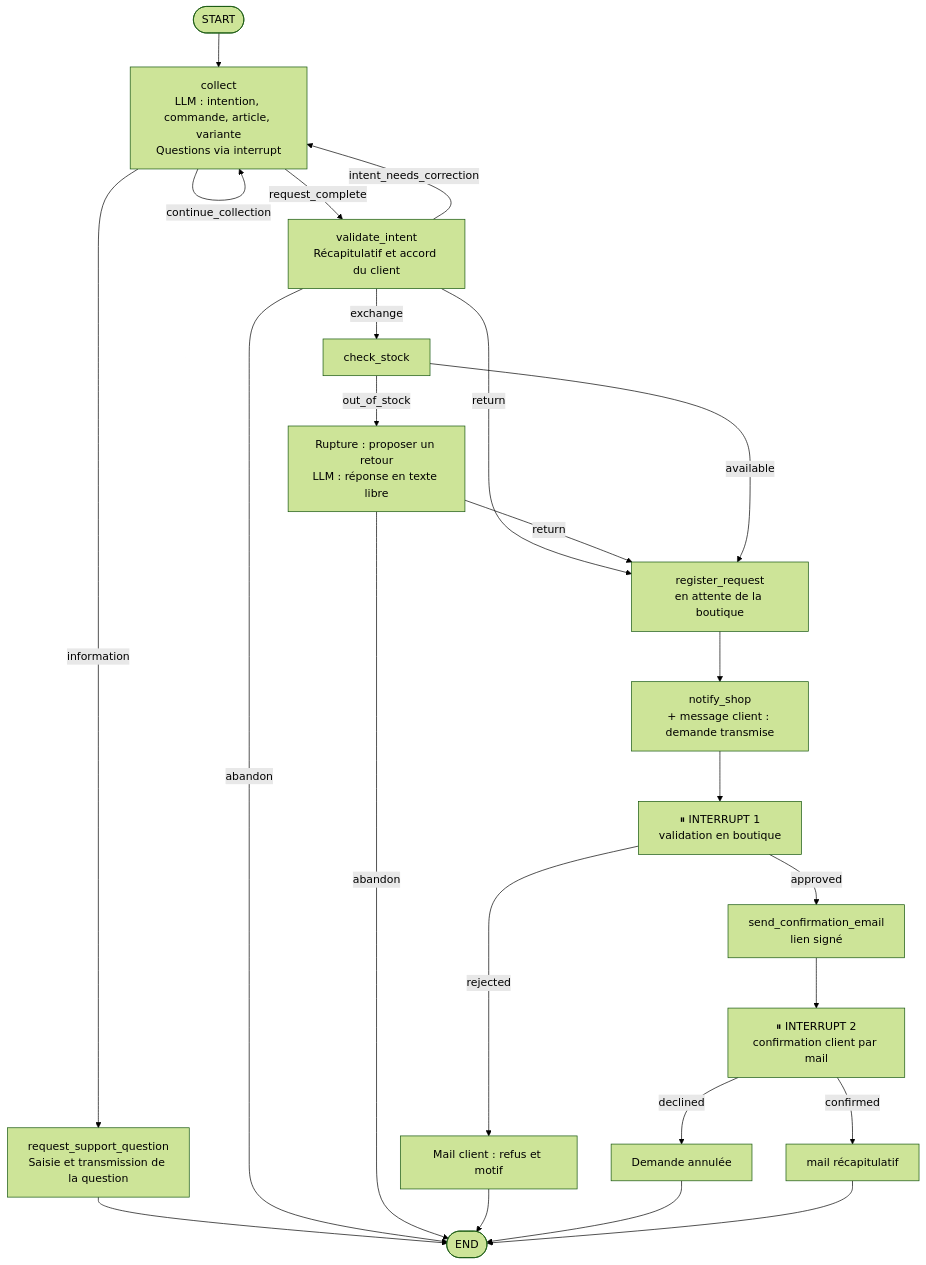
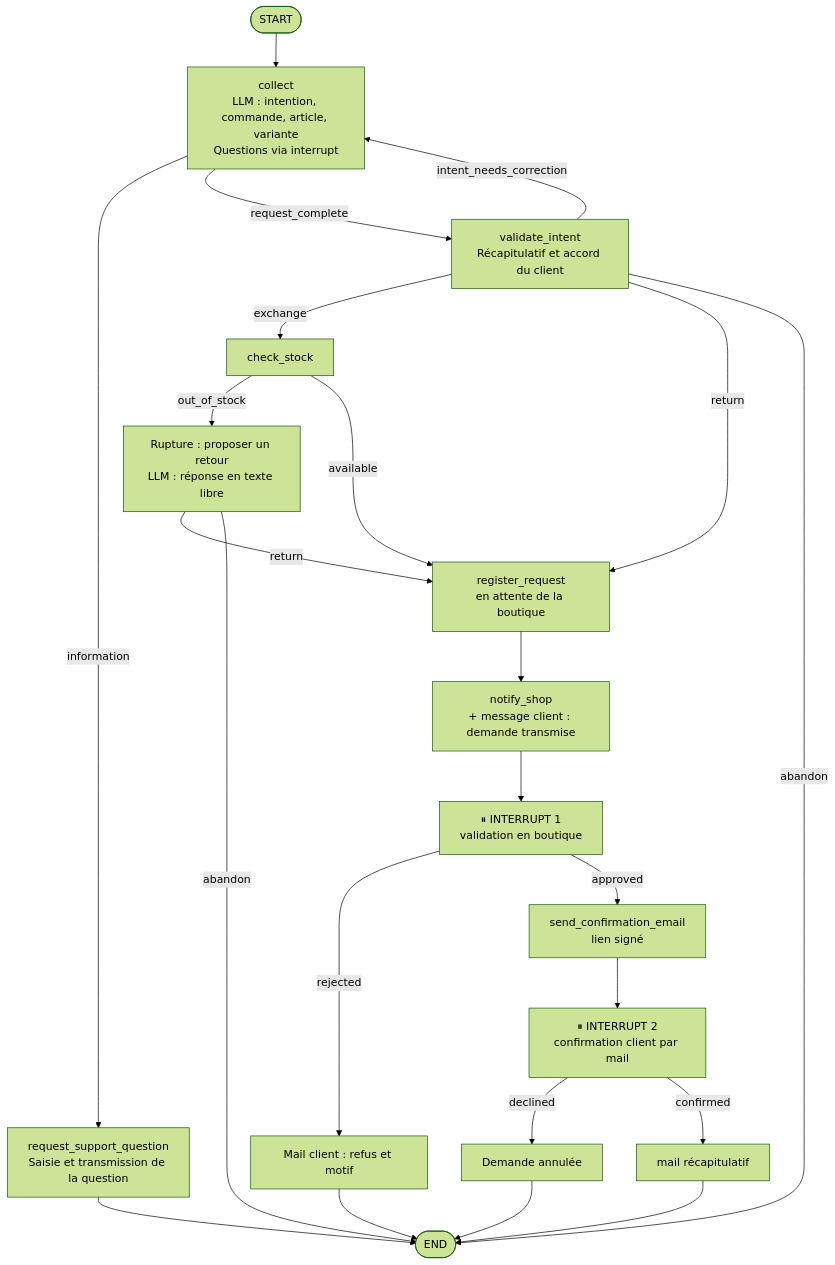
Before and after one commit to tangmomb/agent_sav: the diagram in pipeline_ecommerce.mmd, drawn with Mermaid (forest theme). The commit also changed 12 other files, not shown here.

```diff
--- a/pipeline_ecommerce.mmd
+++ b/pipeline_ecommerce.mmd
@@ -1,22 +1,21 @@
 flowchart TD
     START([START]) --> collection["collect<br/>LLM : intention, commande, article, variante<br/>Questions via interrupt"]
-    collection -->|continue_collection| collection
     collection -->|information| write_question["request_support_question<br/>Saisie et transmission de la question"]
     write_question --> END
     collection -->|request_complete| review["validate_intent<br/>Récapitulatif et accord du client"]
     review -->|intent_needs_correction| collection
     review -->|exchange| stock[check_stock]
     review -->|return| register
     review -->|abandon| END
     stock -->|out_of_stock| offer["Rupture : proposer un retour<br/>LLM : réponse en texte libre"]
     offer -->|return| register
     offer -->|abandon| END
     stock -->|available| register["register_request<br/>en attente de la boutique"]
     register --> notify["notify_shop<br/>+ message client : demande transmise"]
     notify --> shop_review["⏸ INTERRUPT 1<br/>validation en boutique"]
     shop_review -->|rejected| reject["Mail client : refus et motif"]
     shop_review -->|approved| email["send_confirmation_email<br/>lien signé"]
     email --> customer_review["⏸ INTERRUPT 2<br/>confirmation client par mail"]
     customer_review -->|declined| cancel["Demande annulée"]
     customer_review -->|confirmed| summary["mail récapitulatif"]
     reject & cancel & summary --> END([END])
```
